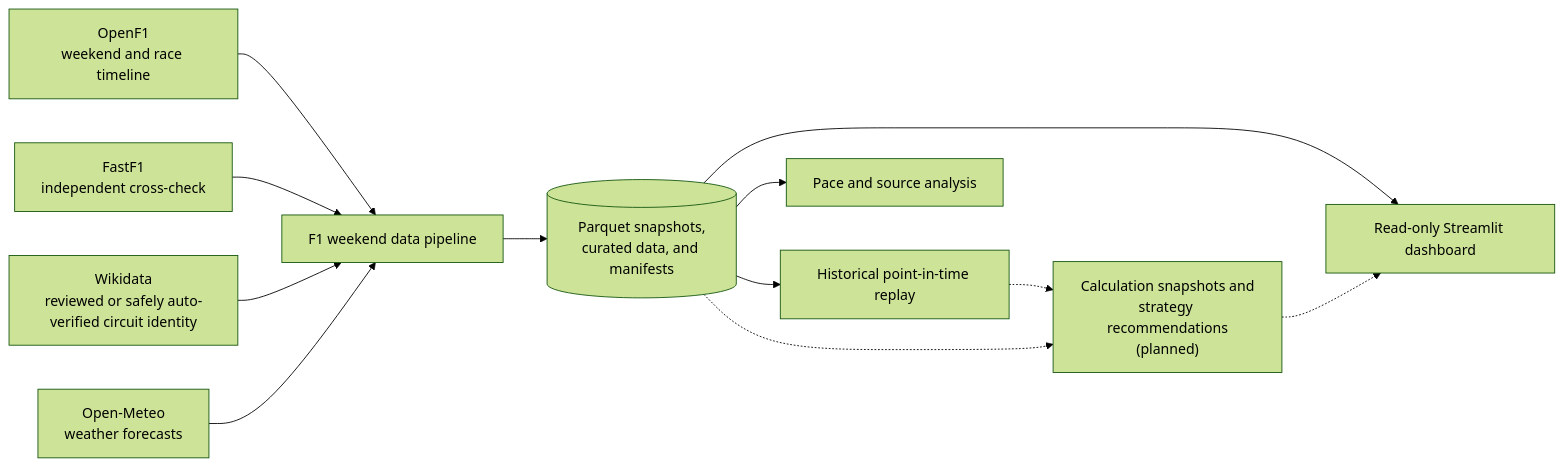
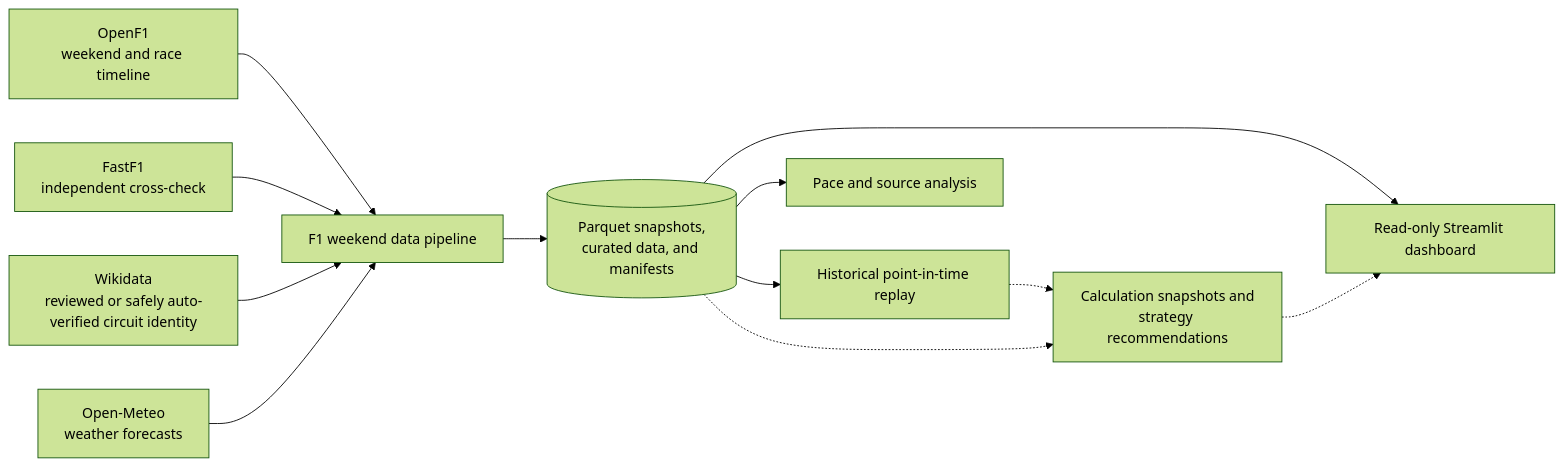
Before and after one commit to vvleo23/f1-strat: the first of 5 diagrams in README.md, drawn with Mermaid (forest theme). The commit also changed other lines of this file and 17 other files, not shown here.

````diff
--- a/README.md
+++ b/README.md
@@ -17,26 +17,26 @@
 ```mermaid
 flowchart LR
     OpenF1[OpenF1<br/>weekend and race timeline]
     FastF1[FastF1<br/>independent cross-check]
     Wikidata[Wikidata<br/>reviewed or safely auto-verified circuit identity]
     OpenMeteo[Open-Meteo<br/>weather forecasts]
 
     Pipeline[F1 weekend data pipeline]
     Store[(Parquet snapshots,<br/>curated data, and manifests)]
     Replay[Historical point-in-time replay]
     Analysis[Pace and source analysis]
-    Calculations["Calculation snapshots and<br/>strategy recommendations<br/>(planned)"]
+    Calculations["Calculation snapshots and<br/>strategy recommendations"]
     UI["Read-only Streamlit dashboard"]
 
     OpenF1 --> Pipeline
     FastF1 --> Pipeline
     Wikidata --> Pipeline
     OpenMeteo --> Pipeline
     Pipeline --> Store
     Store --> Replay
     Store --> Analysis
     Replay -.-> Calculations
     Store -.-> Calculations
     Store --> UI
     Calculations -.-> UI
 ```
````
